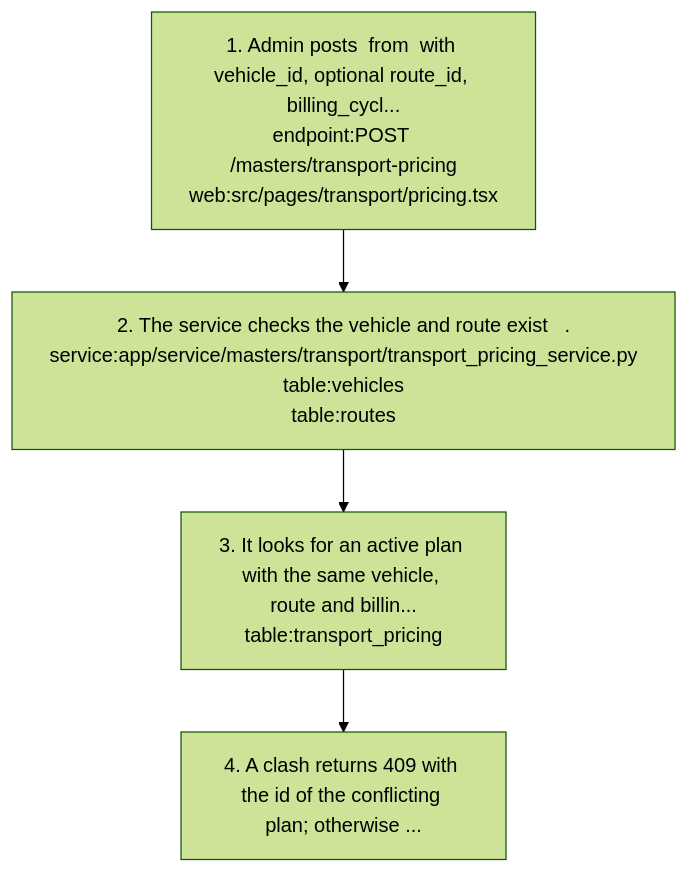
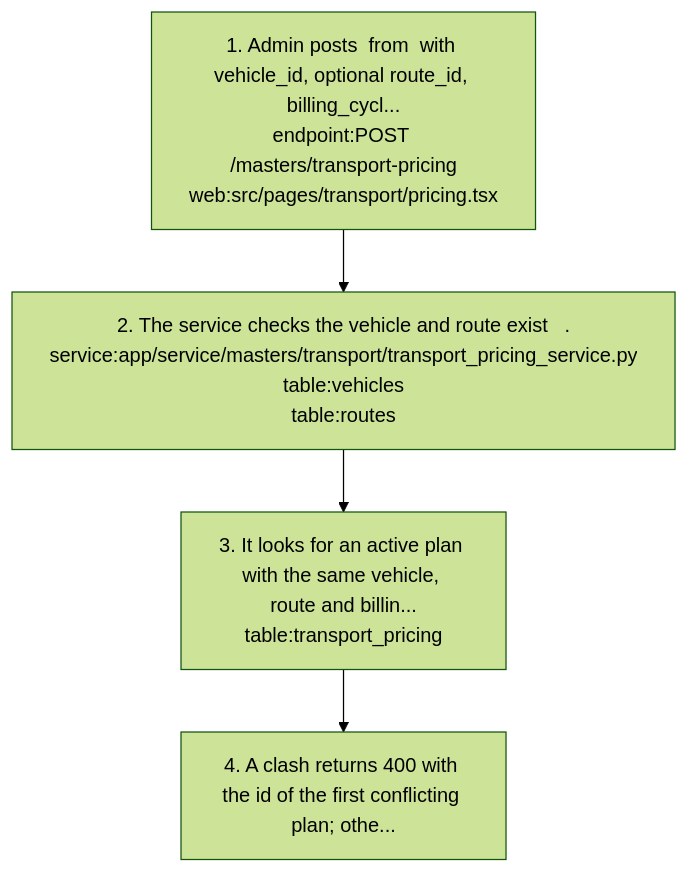
One commit to nerellasraj21/cos360_full_app changed the fifth of 8 diagrams in docs/graph/views/transport.md. Above: the diagram before and after it, drawn with Mermaid (forest theme). The commit also changed other lines of this file and 44 other files, not shown here.

First line of the commit message:
Re-verify project docs and knowledge graph against current code

````diff
--- a/docs/graph/views/transport.md
+++ b/docs/graph/views/transport.md
@@ -221,10 +221,10 @@
 ```mermaid
 flowchart TD
   s1["1. Admin posts  from  with vehicle_id, optional route_id, billing_cycl...<br/>endpoint:POST /masters/transport-pricing<br/>web:src/pages/transport/pricing.tsx"]
   s2["2. The service checks the vehicle and route exist   .<br/>service:app/service/masters/transport/transport_pricing_service.py<br/>table:vehicles<br/>table:routes"]
   s1 --> s2
   s3["3. It looks for an active plan with the same vehicle, route and billin...<br/>table:transport_pricing"]
   s2 --> s3
-  s4["4. A clash returns 409 with the id of the conflicting plan; otherwise ..."]
+  s4["4. A clash returns 400 with the id of the first conflicting plan; othe..."]
   s3 --> s4
 ```
````
